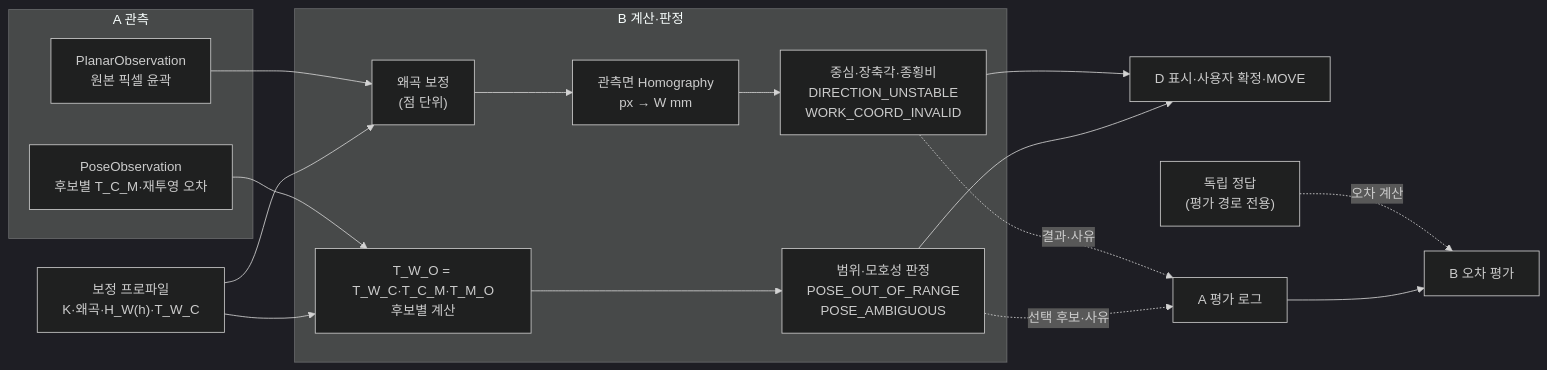
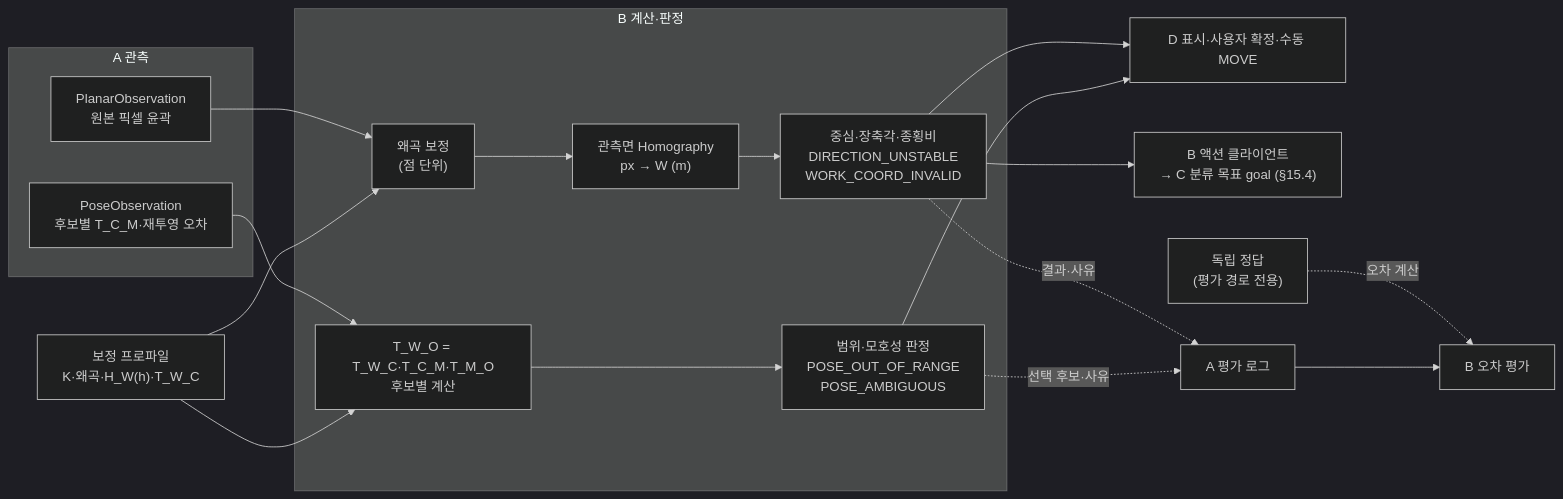
The first of 2 diagrams in docs/design/B담당_보정_좌표_상세설계.md (didgustmd23/EyetoArm), drawn with Mermaid (dark theme) before and after one commit. The commit also changed other lines of this file and 16 other files, not shown here.

````diff
--- a/docs/design/B담당_보정_좌표_상세설계.md
+++ b/docs/design/B담당_보정_좌표_상세설계.md
@@ -48,25 +54,26 @@
 ```mermaid
 flowchart LR
     subgraph A["A 관측"]
         PO["PlanarObservation<br/>원본 픽셀 윤곽"]
         QO["PoseObservation<br/>후보별 T_C_M·재투영 오차"]
     end
     Prof["보정 프로파일<br/>K·왜곡·H_W(h)·T_W_C"]
     subgraph B["B 계산·판정"]
         U["왜곡 보정<br/>(점 단위)"]
-        H["관측면 Homography<br/>px → W mm"]
+        H["관측면 Homography<br/>px → W (m)"]
         G["중심·장축각·종횡비<br/>DIRECTION_UNSTABLE<br/>WORK_COORD_INVALID"]
         T["T_W_O = T_W_C·T_C_M·T_M_O<br/>후보별 계산"]
         J["범위·모호성 판정<br/>POSE_OUT_OF_RANGE<br/>POSE_AMBIGUOUS"]
     end
     PO --> U --> H --> G
     QO --> T --> J
     Prof --> U
     Prof --> T
-    G --> D["D 표시·사용자 확정·MOVE"]
+    G --> D["D 표시·사용자 확정·수동 MOVE"]
+    G --> AC["B 액션 클라이언트<br/>→ C 분류 목표 goal (§15.4)"]
     J --> D
     G -. 결과·사유 .-> Log["A 평가 로그"]
     J -. 선택 후보·사유 .-> Log
     GT["독립 정답<br/>(평가 경로 전용)"] -. 오차 계산 .-> Eval["B 오차 평가"]
     Log --> Eval
 ```
````
